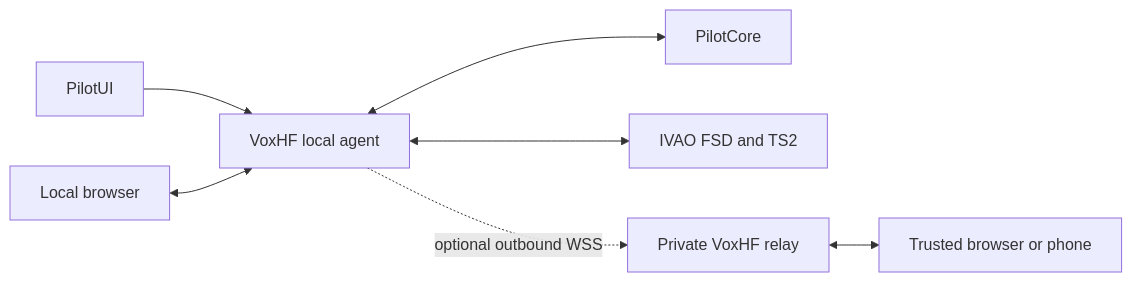
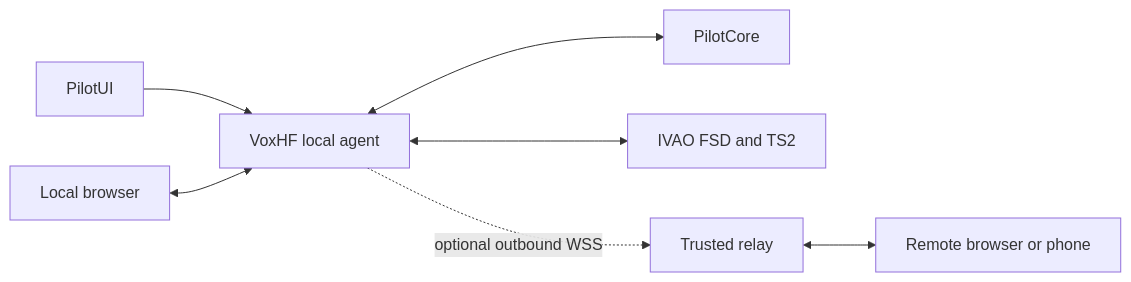
The diagram in README.md (leledeste/voxhf), drawn with Mermaid before and after one commit. The commit also changed other lines of this file and 27 other files, not shown here.

````diff
--- a/README.md
+++ b/README.md
@@ -74,9 +71,9 @@
 ```mermaid
 flowchart LR
     UI["PilotUI"] --> Agent["VoxHF local agent"]
     Agent <--> Core["PilotCore"]
     Agent <--> IVAO["IVAO FSD and TS2"]
     Local["Local browser"] <--> Agent
-    Agent -. "optional outbound WSS" .-> Relay["Private VoxHF relay"]
-    Relay <--> Remote["Trusted browser or phone"]
+    Agent -. "optional outbound WSS" .-> Relay["Trusted relay"]
+    Relay <--> Remote["Remote browser or phone"]
 ```
````
